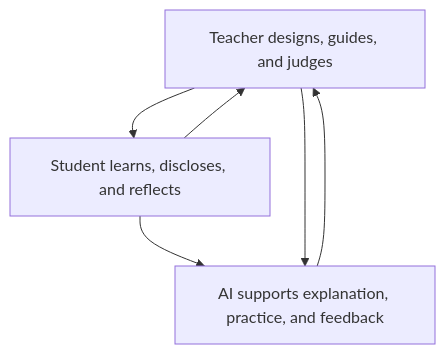
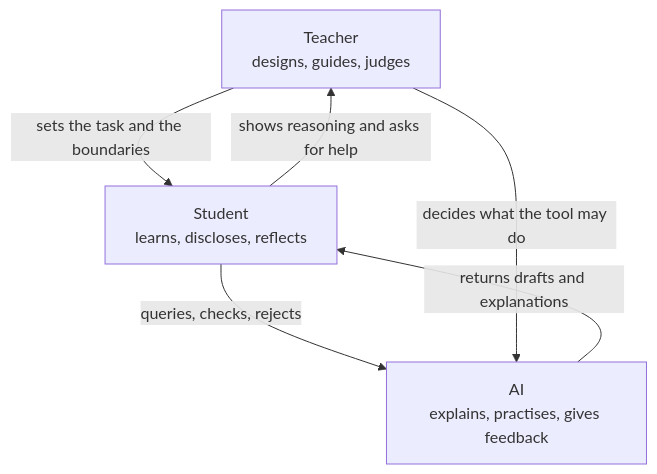
One commit to avisalmon/RoundTableIII changed the fourth of 11 diagrams in book/manuscript.md. Above: the diagram before and after it, drawn with Mermaid. The commit also changed other lines of this file and 15 other files, not shown here.

````diff
--- a/book/manuscript.md
+++ b/book/manuscript.md
@@ -1436,8 +1347,11 @@
 ```mermaid
-flowchart TD
-T[Teacher designs, guides, and judges] --> S[Student learns, discloses, and reflects]
-S --> A[AI supports explanation, practice, and feedback]
-A --> T
-T --> A
-S --> T
+flowchart TB
+T["Teacher<br>designs, guides, judges"]
+S["Student<br>learns, discloses, reflects"]
+A["AI<br>explains, practises, gives feedback"]
+T -- "sets the task and the boundaries" --> S
+S -- "shows reasoning and asks for help" --> T
+S -- "queries, checks, rejects" --> A
+A -- "returns drafts and explanations" --> S
+T -- "decides what the tool may do" --> A
 ```
````
